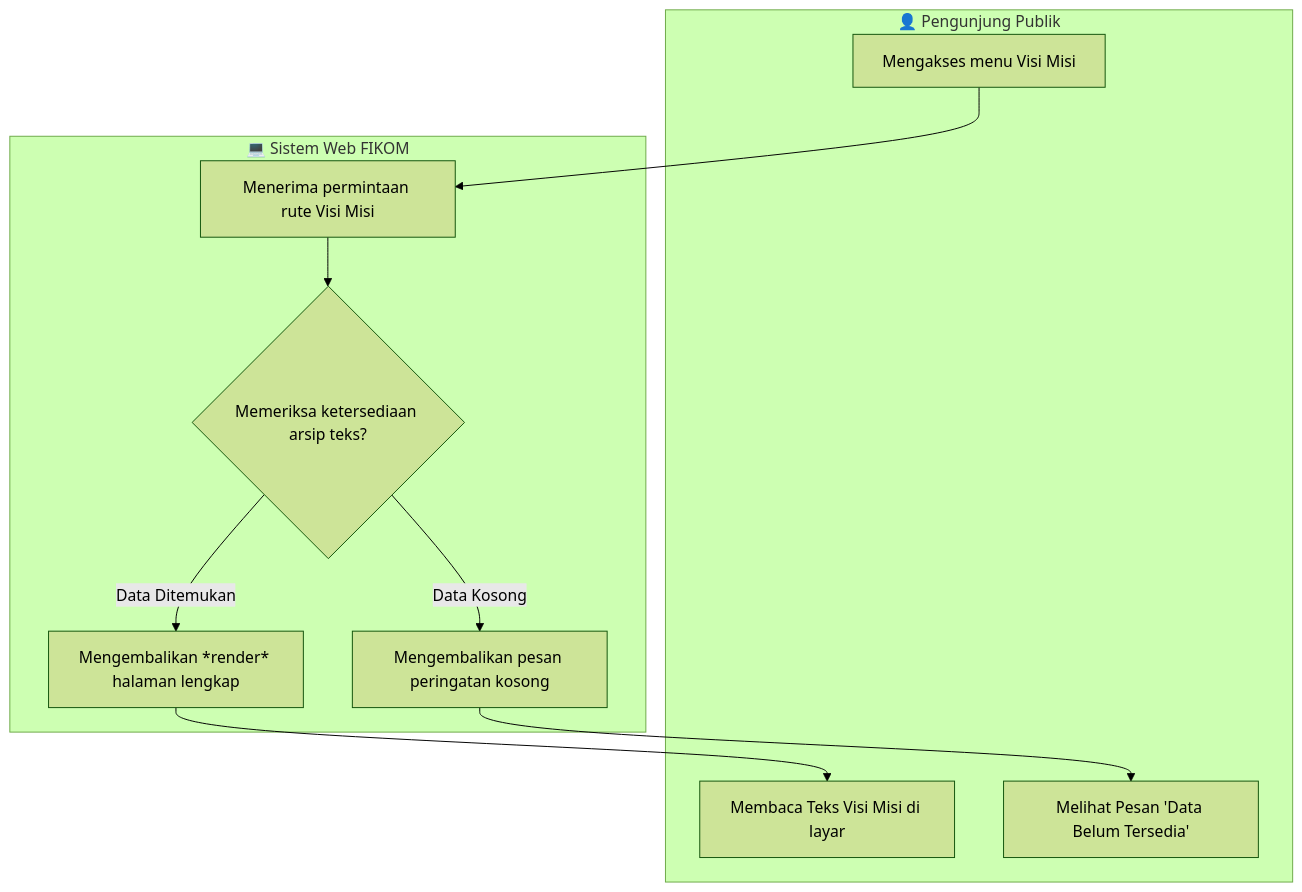
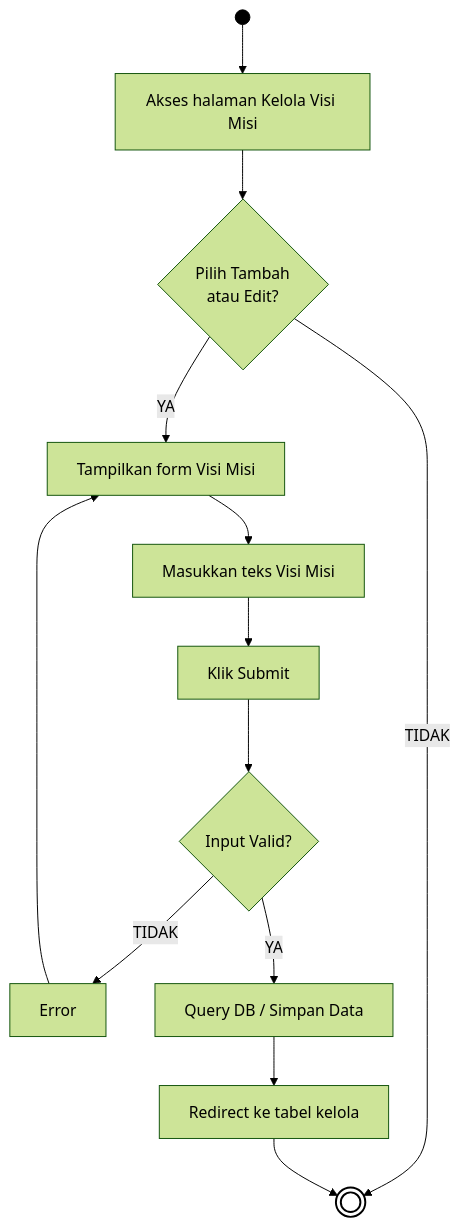
The second of 5 diagrams in docs/01_DIAGRAM_AKTIVITAS.md (arbain-dev/Web_fikom), drawn with Mermaid (forest theme) before and after one commit. The commit also changed other lines of this file, not shown here.

Commit message:
docs: merombak ulang 01_DIAGRAM_AKTIVITAS.md mengikuti format diagram konvensional tanpa swimlane sisi admin

````diff
--- a/docs/01_DIAGRAM_AKTIVITAS.md
+++ b/docs/01_DIAGRAM_AKTIVITAS.md
@@ -19,22 +50,23 @@
 ```mermaid
 flowchart TD
-    subgraph Pengunjung[👤 Pengunjung Publik]
-        A[Mengakses menu Visi Misi]
-        E[Membaca Teks Visi Misi di layar]
-        F[Melihat Pesan 'Data Belum Tersedia']
-    end
+    Start(( )) --> A[Akses halaman Kelola Visi Misi]
     
-    subgraph Sistem[💻 Sistem Web FIKOM]
-        B[Menerima permintaan rute Visi Misi]
-        C{Memeriksa ketersediaan arsip teks?}
-        D[Mengembalikan *render* halaman lengkap]
-        G[Mengembalikan pesan peringatan kosong]
-    end
-
-    A --> B
-    B --> C
-    C -- Data Ditemukan --> D
-    D --> E
-    C -- Data Kosong --> G
-    G --> F
+    A --> B{Pilih Tambah\natau Edit?}
+    
+    B -- YA --> C[Tampilkan form Visi Misi]
+    B -- TIDAK --> End((( )))
+    
+    C --> D[Masukkan teks Visi Misi]
+    D --> E[Klik Submit]
+    E --> F{Input Valid?}
+    
+    F -- TIDAK --> G[Error]
+    G --> C
+    
+    F -- YA --> H[Query DB / Simpan Data]
+    H --> I[Redirect ke tabel kelola]
+    I --> End
+    
+    style Start fill:#000,stroke:#000,color:#000
+    style End fill:#fff,stroke:#000,stroke-width:2px
 ```
````
